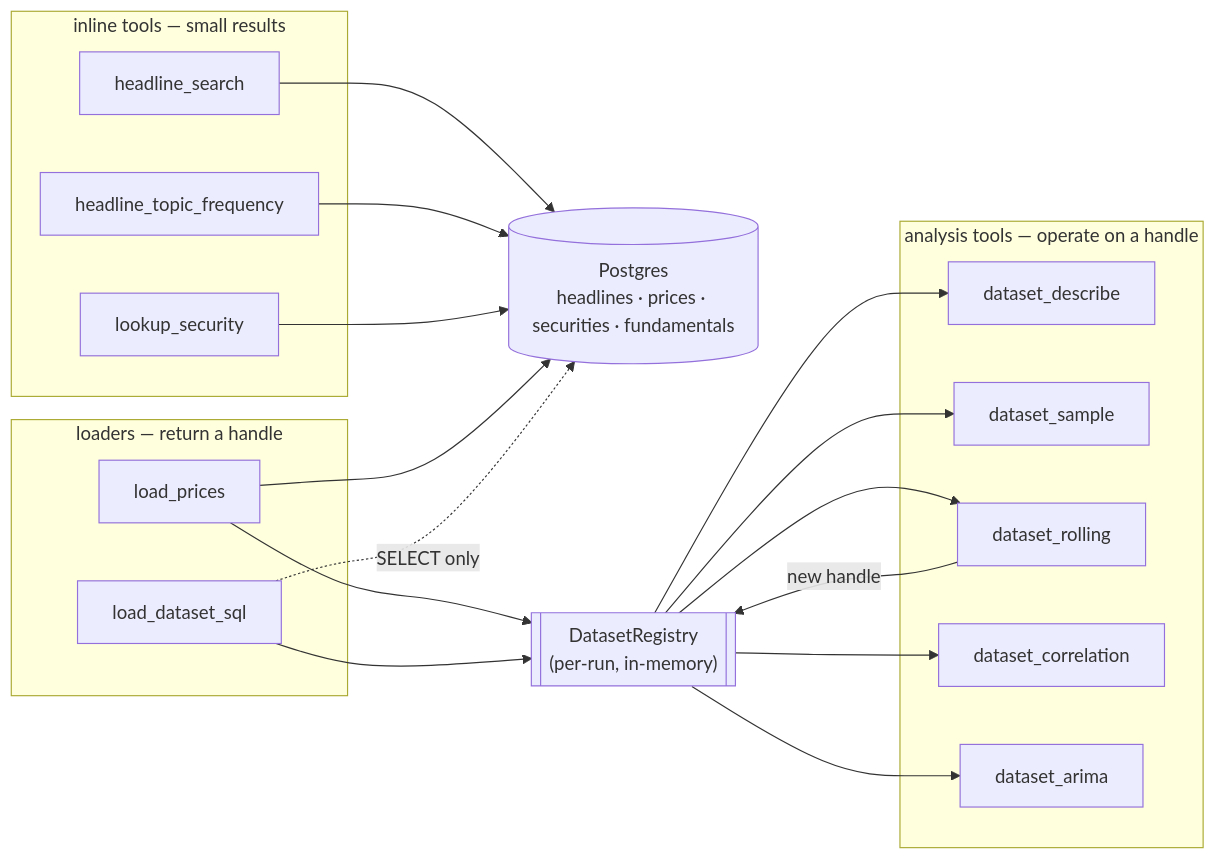
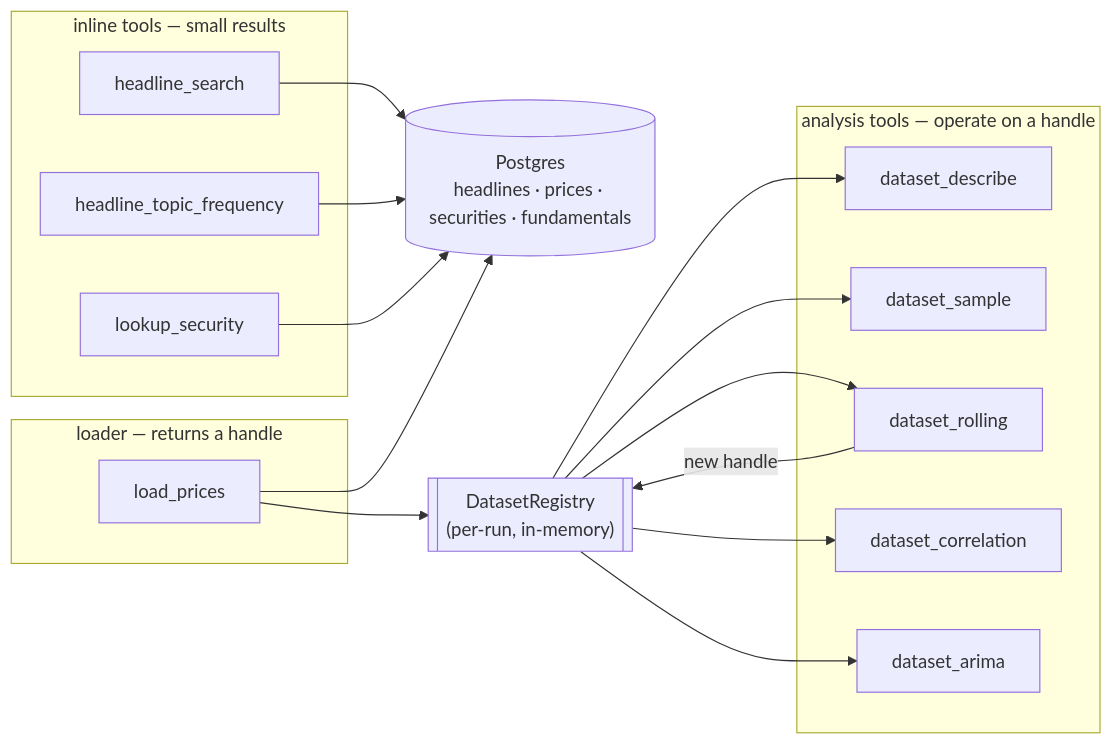
The fourth of 5 diagrams in ARCHITECTURE.md (11oyduhh/StockNewsAgent), drawn with Mermaid before and after one commit. The commit also changed other lines of this file and 13 other files, not shown here.

First line of the commit message:
Remove load_dataset_sql escape hatch; single pooled DB path

````diff
--- a/ARCHITECTURE.md
+++ b/ARCHITECTURE.md
@@ -120,36 +119,33 @@
 ```mermaid
 graph LR
     subgraph INLINE["inline tools — small results"]
         I1["headline_search"]
         I2["headline_topic_frequency"]
         I3["lookup_security"]
     end
-    subgraph LOADERS["loaders — return a handle"]
+    subgraph LOADERS["loader — returns a handle"]
         L1["load_prices"]
-        L2["load_dataset_sql"]
     end
     subgraph ANALYSIS["analysis tools — operate on a handle"]
         A1["dataset_describe"]
         A2["dataset_sample"]
         A3["dataset_rolling"]
         A4["dataset_correlation"]
         A5["dataset_arima"]
     end
 
     DB[("Postgres<br/>headlines · prices · securities · fundamentals")]
     REG[["DatasetRegistry<br/>(per-run, in-memory)"]]
 
     I1 --> DB
     I2 --> DB
     I3 --> DB
     L1 --> DB
-    L2 -.->|"SELECT only"| DB
     L1 --> REG
-    L2 --> REG
     REG --> A1
     REG --> A2
     REG --> A3
     REG --> A4
     REG --> A5
     A3 -->|"new handle"| REG
 ```
````
